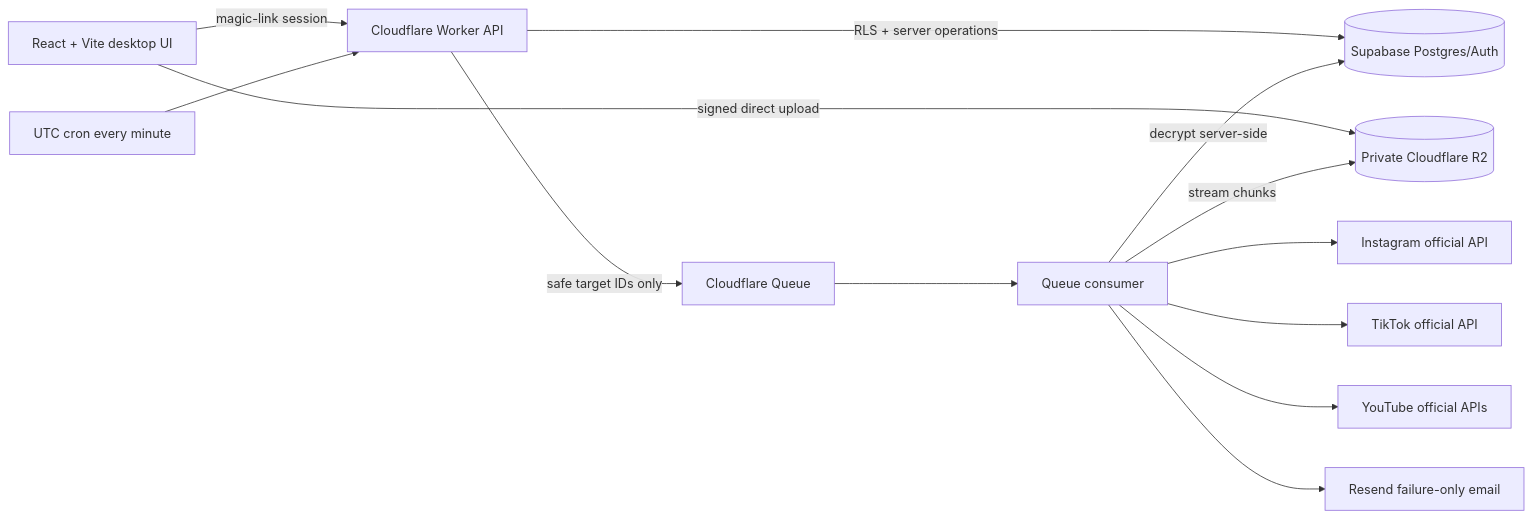
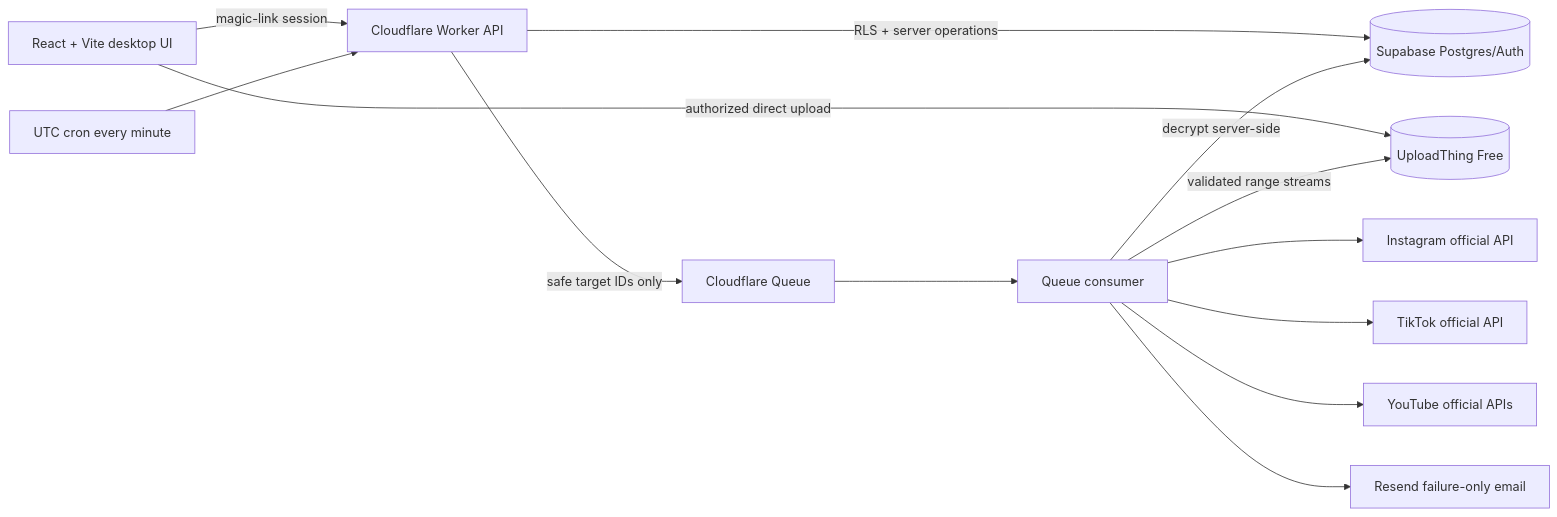
Before and after one commit to adeel1608/social-media-scheduler: the diagram in README.md, drawn with Mermaid. The commit also changed other lines of this file and 47 other files, not shown here.

First line of the commit message:
feat: replace R2 media storage with UploadThing (#3)

````diff
--- a/README.md
+++ b/README.md
@@ -37,15 +37,15 @@
 ```mermaid
 flowchart LR
   B[React + Vite desktop UI] -->|magic-link session| A[Cloudflare Worker API]
-  B -->|signed direct upload| R[(Private Cloudflare R2)]
+  B -->|authorized direct upload| U[(UploadThing Free)]
   A -->|RLS + server operations| S[(Supabase Postgres/Auth)]
   C[UTC cron every minute] --> A
   A -->|safe target IDs only| Q[Cloudflare Queue]
   Q --> W[Queue consumer]
   W -->|decrypt server-side| S
-  W -->|stream chunks| R
+  W -->|validated range streams| U
   W --> I[Instagram official API]
   W --> T[TikTok official API]
   W --> Y[YouTube official APIs]
   W --> E[Resend failure-only email]
 ```
````
